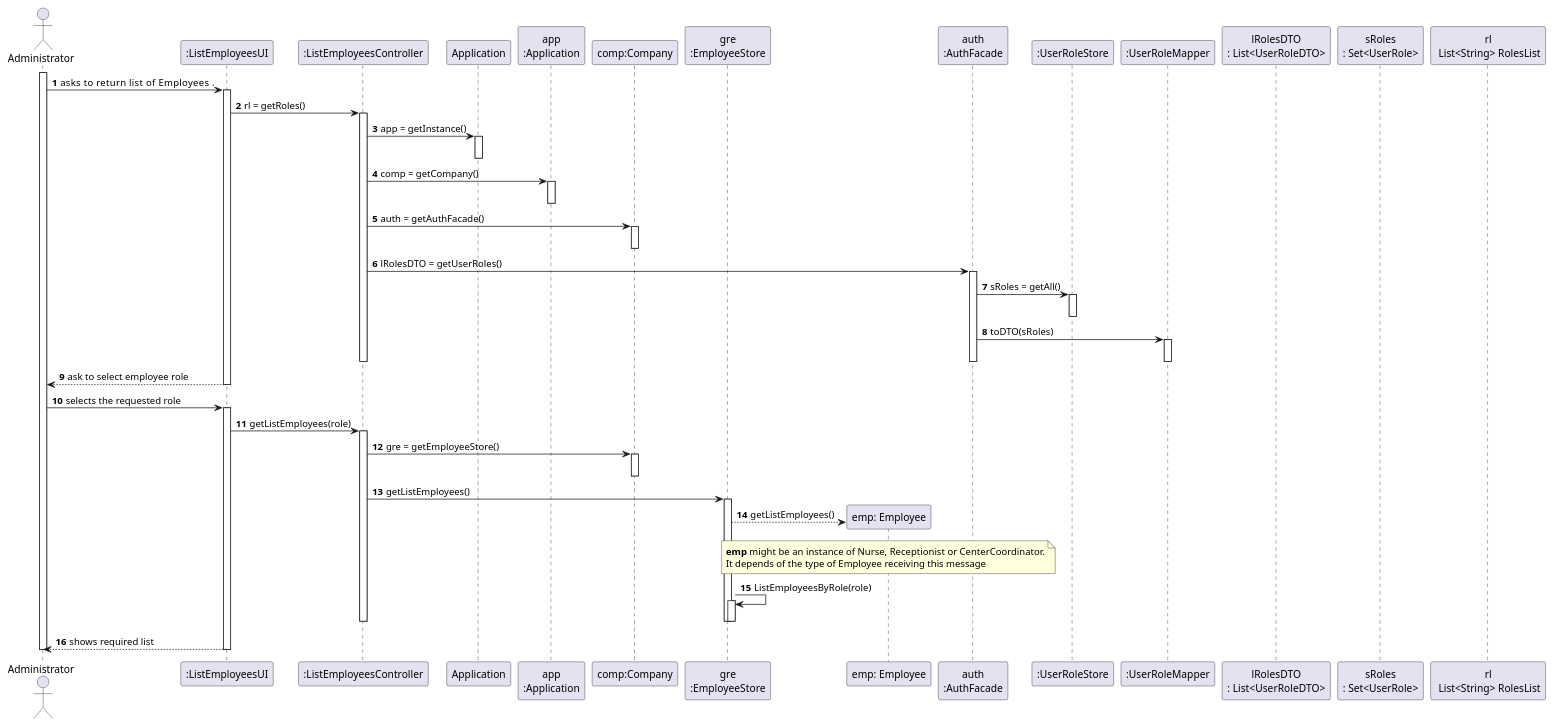
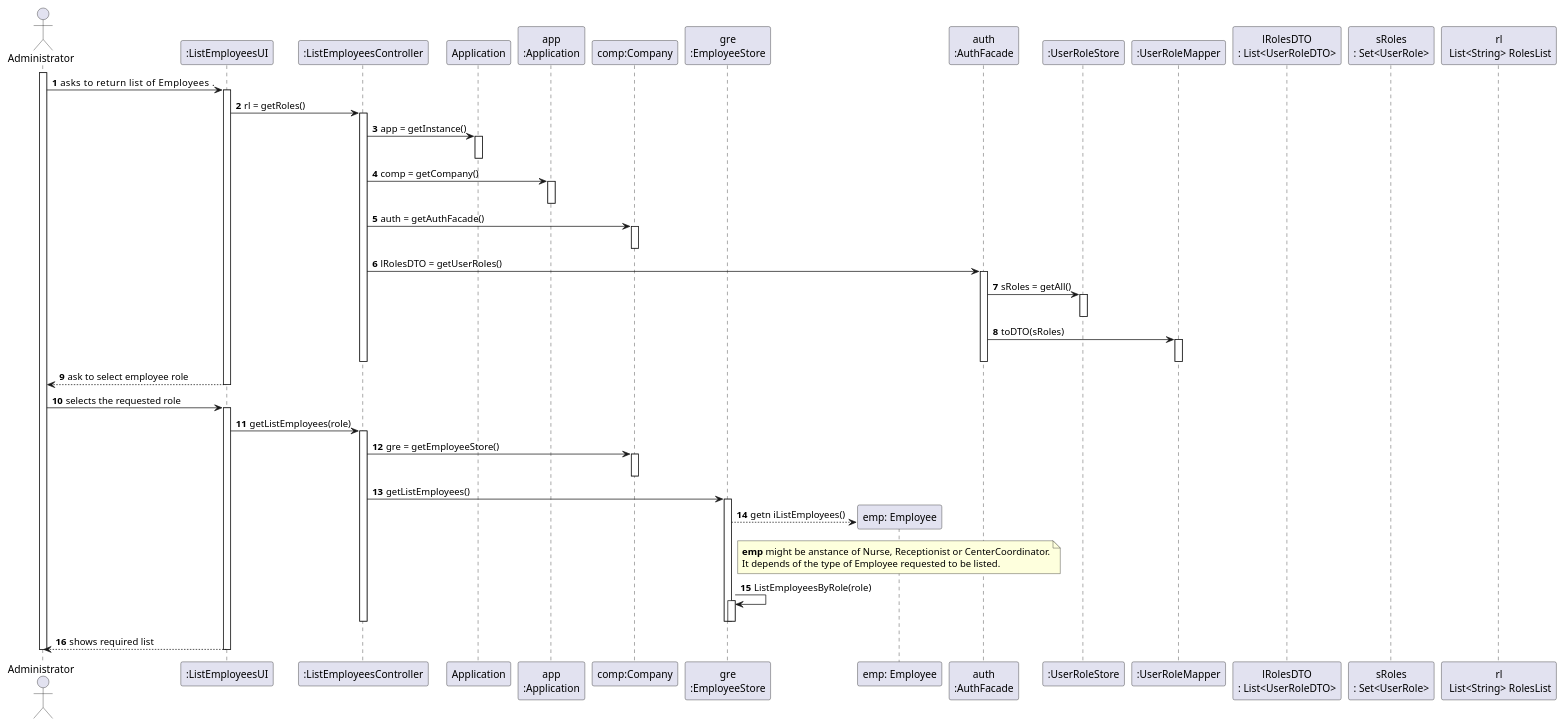
The diagram in docs/SprintB/UserStories/US11/US11_SD.puml (diogonapoles/isep-lapr2), drawn with PlantUML before and after one commit. The commit also changed 1 other file, not shown here.

```diff
--- a/docs/SprintB/UserStories/US11/US11_SD.puml
+++ b/docs/SprintB/UserStories/US11/US11_SD.puml
@@ -1,102 +1,102 @@
 @startuml
 autonumber
 actor "Administrator" as ADM
 
 
 participant ":ListEmployeesUI" as UI
 participant ":ListEmployeesController" as CTRL
 participant ":ListEmployeesUI" as UI
 participant ":ListEmployeesController" as CTRL
 participant "Application" as APP
 participant "app\n:Application" as App
 participant "comp:Company" as COMP
 participant "gre\n:EmployeeStore" as ES
 participant "emp: Employee" as EMP
 participant "auth\n:AuthFacade" as AF
 participant ":UserRoleStore" as URS
 participant ":UserRoleMapper" as URM
 participant "lRolesDTO\n: List<UserRoleDTO>" as lRDTO
 participant "sRoles\n: Set<UserRole>" as SR
 participant "rl\n List<String> RolesList" as rl
 
 
 activate ADM
 
 ADM -> UI : asks to return list of Employees     .
 activate UI
 
 UI -> CTRL : rl = getRoles()
 activate CTRL
 
 CTRL -> APP : app = getInstance()
 activate APP
 deactivate APP
 
 CTRL -> App : comp = getCompany()
 activate App
 deactivate App
 
 
 CTRL -> COMP: auth = getAuthFacade()
 activate COMP
 deactivate COMP
 
 CTRL -> AF : lRolesDTO = getUserRoles()
 activate AF
 
 AF -> URS : sRoles = getAll()
 activate URS
 deactivate URS
 
 AF -> URM :  toDTO(sRoles)
 activate URM
 
 deactivate URM
 deactivate AF
 deactivate CTRL
 
 UI --> ADM : ask to select employee role
 deactivate UI
 
 
 
 ADM -> UI : selects the requested role
 activate UI
 
 
 
 UI -> CTRL : getListEmployees(role)
 activate CTRL
 
 CTRL -> COMP : gre = getEmployeeStore()
 activate COMP
 deactivate COMP
 
 CTRL -> ES : getListEmployees()
 activate ES
 
 
-ES --> EMP** : getListEmployees()
-note over EMP : **emp** might be an instance of Nurse, Receptionist or CenterCoordinator.\nIt depends of the type of Employee receiving this message
+ES --> EMP** : getn iListEmployees()
+                                     note over EMP : **emp** might be anstance of Nurse, Receptionist or CenterCoordinator.\nIt depends of the type of Employee requested to be listed.
 
 
 ES -> ES : ListEmployeesByRole(role)
 activate ES
 deactivate ES
 deactivate ES
 
 
 
 
 
 deactivate CTRL
 deactivate ES
 
 UI --> ADM : shows required list
 deactivate UI
 
 
 
 deactivate ADM
 
 @enduml
```
